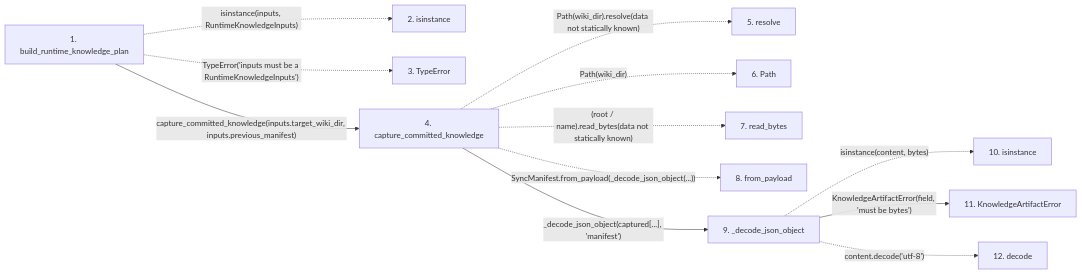
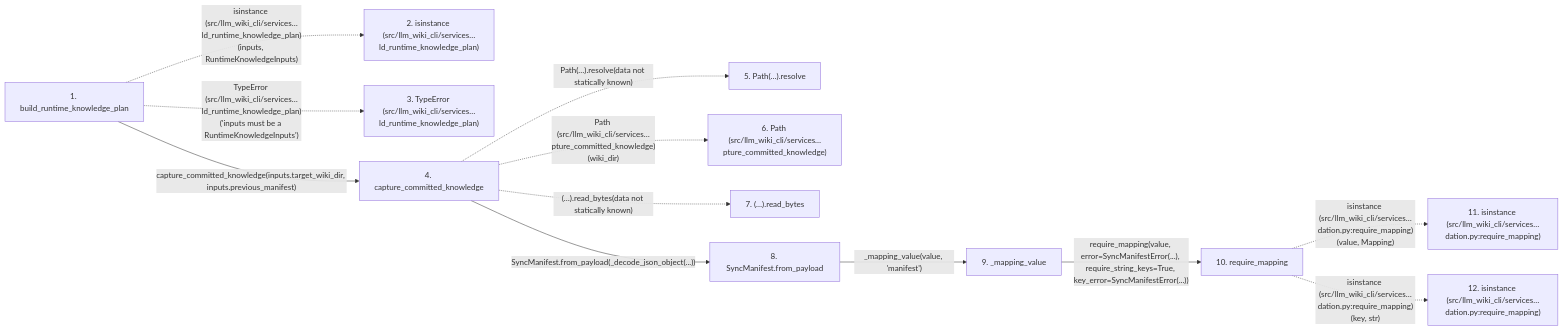
One commit to Denissvgn/python-wiki-llm changed the second of 2 diagrams in docs/llm_wiki/flows/api-build_runtime_knowledge_plan.md. Above: the diagram before and after it, drawn with Mermaid. The commit also changed other lines of this file and 719 other files, not shown here.

Commit message:
docs: refresh wiki while retaining archived workflow content

````diff
--- a/docs/llm_wiki/flows/api-build_runtime_knowledge_plan.md
+++ b/docs/llm_wiki/flows/api-build_runtime_knowledge_plan.md
@@ -96,30 +101,31 @@
 ```mermaid
 flowchart LR
     s1["1. build_runtime_knowledge_plan"]
-    s2["2. isinstance"]
-    s3["3. TypeError"]
+    s2["2. isinstance (src/llm_wiki_cli/services…ld_runtime_knowledge_plan)"]
+    s3["3. TypeError (src/llm_wiki_cli/services…ld_runtime_knowledge_plan)"]
     s4["4. capture_committed_knowledge"]
-    s5["5. resolve"]
-    s6["6. Path"]
-    s7["7. read_bytes"]
-    s8["8. from_payload"]
-    s9["9. _decode_json_object"]
-    s10["10. isinstance"]
-    s11["11. KnowledgeArtifactError"]
-    s12["12. decode"]
-    s1 -. "isinstance(inputs, RuntimeKnowledgeInputs)" .-> s2
-    s1 -. "TypeError('inputs must be a RuntimeKnowledgeInputs')" .-> s3
+    s5["5. Path(…).resolve"]
+    s6["6. Path (src/llm_wiki_cli/services…pture_committed_knowledge)"]
+    s7["7. (…).read_bytes"]
+    s8["8. SyncManifest.from_payload"]
+    s9["9. _mapping_value"]
+    s10["10. require_mapping"]
+    s11["11. isinstance (src/llm_wiki_cli/services…dation.py:require_mapping)"]
+    s12["12. isinstance (src/llm_wiki_cli/services…dation.py:require_mapping)"]
+    s1 -. "isinstance (src/llm_wiki_cli/services…ld_runtime_knowledge_plan)(inputs, RuntimeKnowledgeInputs)" .-> s2
+    s1 -. "TypeError (src/llm_wiki_cli/services…ld_runtime_knowledge_plan)('inputs must be a RuntimeKnowledgeInputs')" .-> s3
     s1 -->|"capture_committed_knowledge(inputs.target_wiki_dir, inputs.previous_manifest)"| s4
-    s4 -. "Path(wiki_dir).resolve(data not statically known)" .-> s5
-    s4 -. "Path(wiki_dir)" .-> s6
-    s4 -. "(root / name).read_bytes(data not statically known)" .-> s7
-    s4 -. "SyncManifest.from_payload(_decode_json_object(...))" .-> s8
-    s4 -->|"_decode_json_object(captured[...], 'manifest')"| s9
-    s9 -. "isinstance(content, bytes)" .-> s10
-    s9 -->|"KnowledgeArtifactError(field, 'must be bytes')"| s11
-    s9 -. "content.decode('utf-8')" .-> s12
+    s4 -. "Path(…).resolve(data not statically known)" .-> s5
+    s4 -. "Path (src/llm_wiki_cli/services…pture_committed_knowledge)(wiki_dir)" .-> s6
+    s4 -. "(…).read_bytes(data not statically known)" .-> s7
+    s4 -->|"SyncManifest.from_payload(_decode_json_object(...))"| s8
+    s8 -->|"_mapping_value(value, 'manifest')"| s9
+    s9 -->|"require_mapping(value, error=SyncManifestError(...), require_string_keys=True, key_error=SyncManifestError(...))"| s10
+    s10 -. "isinstance (src/llm_wiki_cli/services…dation.py:require_mapping)(value, Mapping)" .-> s11
+    s10 -. "isinstance (src/llm_wiki_cli/services…dation.py:require_mapping)(key, str)" .-> s12
     click s1 "../modules/knowledge_orchestration.md"
     click s4 "../modules/knowledge_orchestration.md"
-    click s9 "../modules/knowledge_artifacts.md"
-    click s11 "../modules/knowledge_artifacts.md"
+    click s8 "../modules/sync_manifest.md"
+    click s9 "../modules/sync_manifest.md"
+    click s10 "../modules/validation.md"
 ```
````
